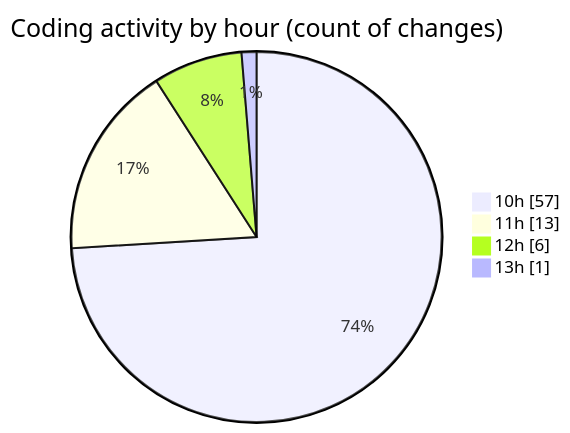
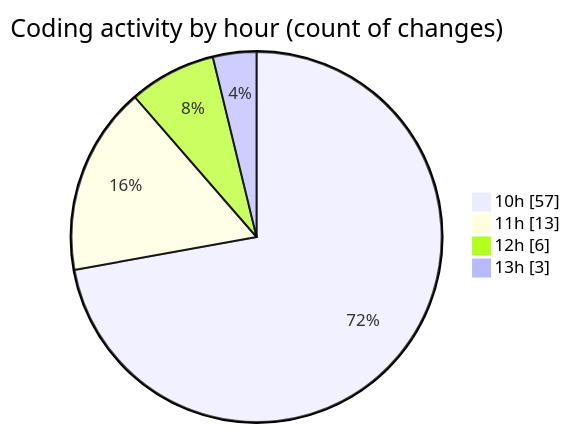
Before and after one commit to LanceThiago/code-tracking: the second of 2 diagrams in 2025-01-13/nueva_carpeta/README.md, drawn with Mermaid. The commit also changed other lines of this file and 1 other file, not shown here.

````diff
--- a/2025-01-13/nueva_carpeta/README.md
+++ b/2025-01-13/nueva_carpeta/README.md
@@ -28,8 +28,8 @@
 ```mermaid
 pie showData
 title Coding activity by hour (count of changes)
 "10h" : 57
 "11h" : 13
 "12h" : 6
-"13h" : 1
+"13h" : 3
 ```
````
